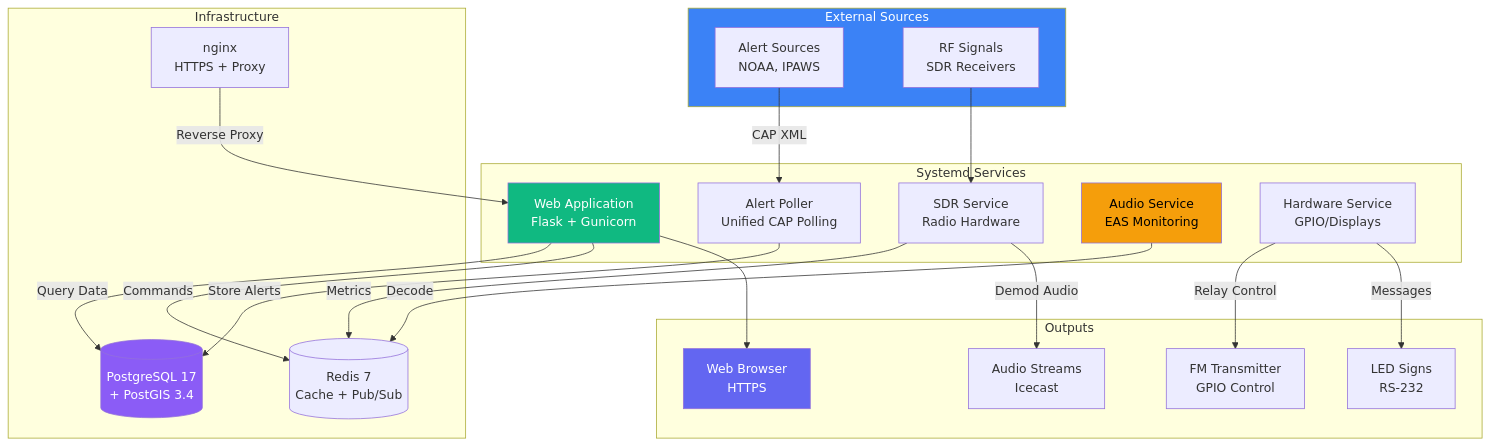
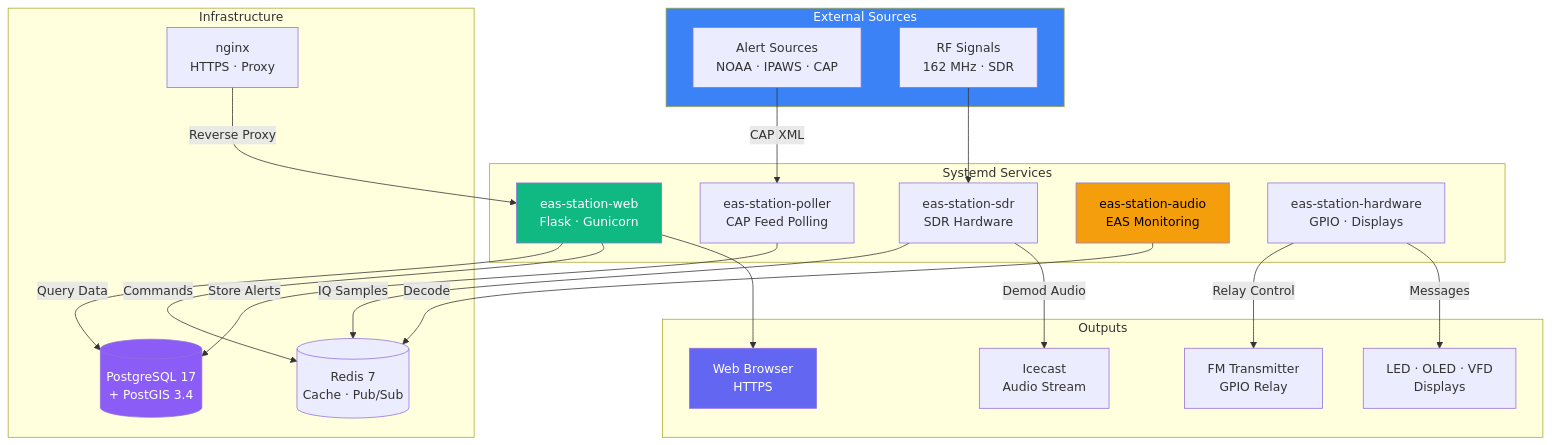
The diagram in README.md (KR8MER/eas-station), drawn with Mermaid before and after one commit. The commit also changed other lines of this file, not shown here.

````diff
--- a/README.md
+++ b/README.md
@@ -311,49 +110,49 @@
 ```mermaid
 graph TB
     subgraph External["External Sources"]
-        SRC[Alert Sources<br/>NOAA, IPAWS]
-        RF[RF Signals<br/>SDR Receivers]
+        SRC[Alert Sources<br/>NOAA · IPAWS · CAP]
+        RF[RF Signals<br/>162 MHz · SDR]
     end
 
     subgraph Services["Systemd Services"]
-        POLL[Alert Poller<br/>Unified CAP Polling]
-        WEB[Web Application<br/>Flask + Gunicorn]
-        SDR_SVC[SDR Service<br/>Radio Hardware]
-        AUDIO_SVC[Audio Service<br/>EAS Monitoring]
-        HW_SVC[Hardware Service<br/>GPIO/Displays]
+        POLL[eas-station-poller<br/>CAP Feed Polling]
+        WEB[eas-station-web<br/>Flask · Gunicorn]
+        SDR_SVC[eas-station-sdr<br/>SDR Hardware]
+        AUDIO_SVC[eas-station-audio<br/>EAS Monitoring]
+        HW_SVC[eas-station-hardware<br/>GPIO · Displays]
     end
 
     subgraph Infrastructure["Infrastructure"]
         DB[(PostgreSQL 17<br/>+ PostGIS 3.4)]
-        REDIS[(Redis 7<br/>Cache + Pub/Sub)]
-        NGINX[nginx<br/>HTTPS + Proxy]
+        REDIS[(Redis 7<br/>Cache · Pub/Sub)]
+        NGINX[nginx<br/>HTTPS · Proxy]
     end
 
     subgraph Output["Outputs"]
-        TX[FM Transmitter<br/>GPIO Control]
+        TX[FM Transmitter<br/>GPIO Relay]
         UI[Web Browser<br/>HTTPS]
-        LED[LED Signs<br/>RS-232]
-        STREAM[Audio Streams<br/>Icecast]
+        LED[LED · OLED · VFD<br/>Displays]
+        STREAM[Icecast<br/>Audio Stream]
     end
 
     SRC -->|CAP XML| POLL
     RF --> SDR_SVC
-    
+
     POLL -->|Store Alerts| DB
     WEB -->|Query Data| DB
     WEB -->|Commands| REDIS
-    SDR_SVC -->|Metrics| REDIS
+    SDR_SVC -->|IQ Samples| REDIS
     AUDIO_SVC -->|Decode| REDIS
-    
+
     NGINX -->|Reverse Proxy| WEB
     WEB --> UI
     HW_SVC -->|Relay Control| TX
     HW_SVC -->|Messages| LED
     SDR_SVC -->|Demod Audio| STREAM
-    
+
     style External fill:#3b82f6,color:#fff
     style DB fill:#8b5cf6,color:#fff
     style WEB fill:#10b981,color:#fff
     style AUDIO_SVC fill:#f59e0b,color:#000
     style UI fill:#6366f1,color:#fff
 ```
````
